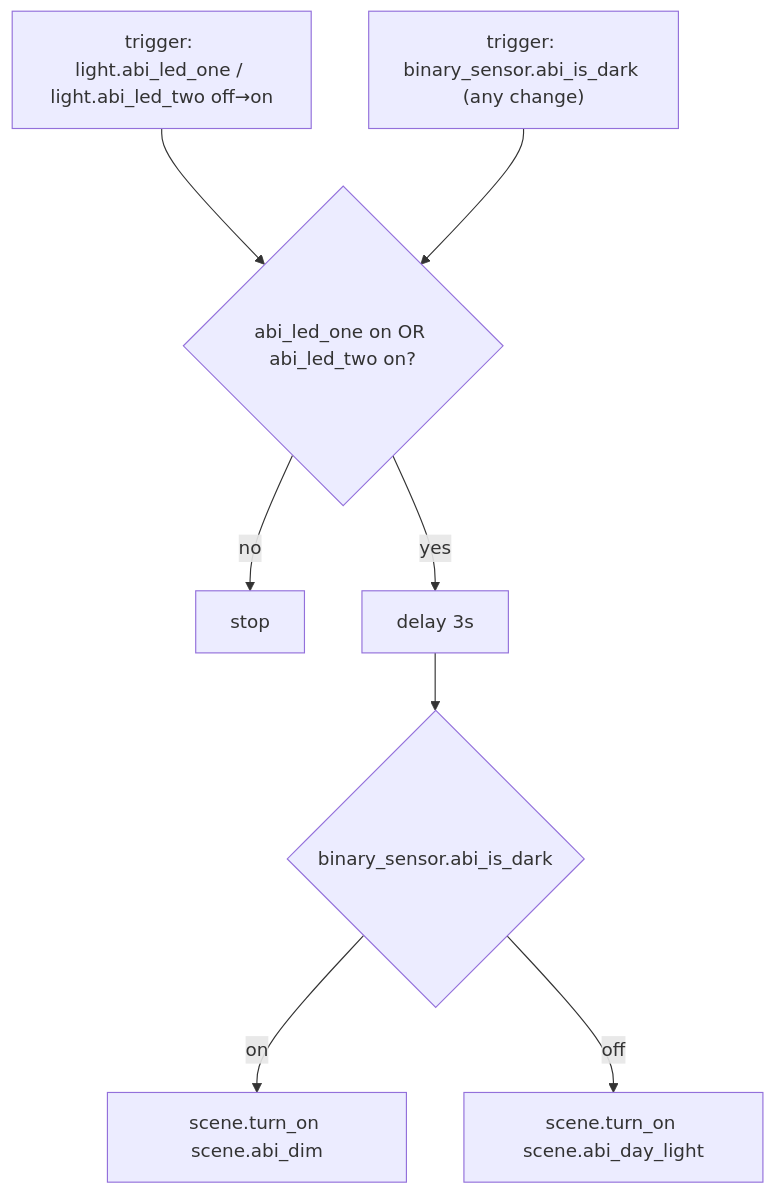
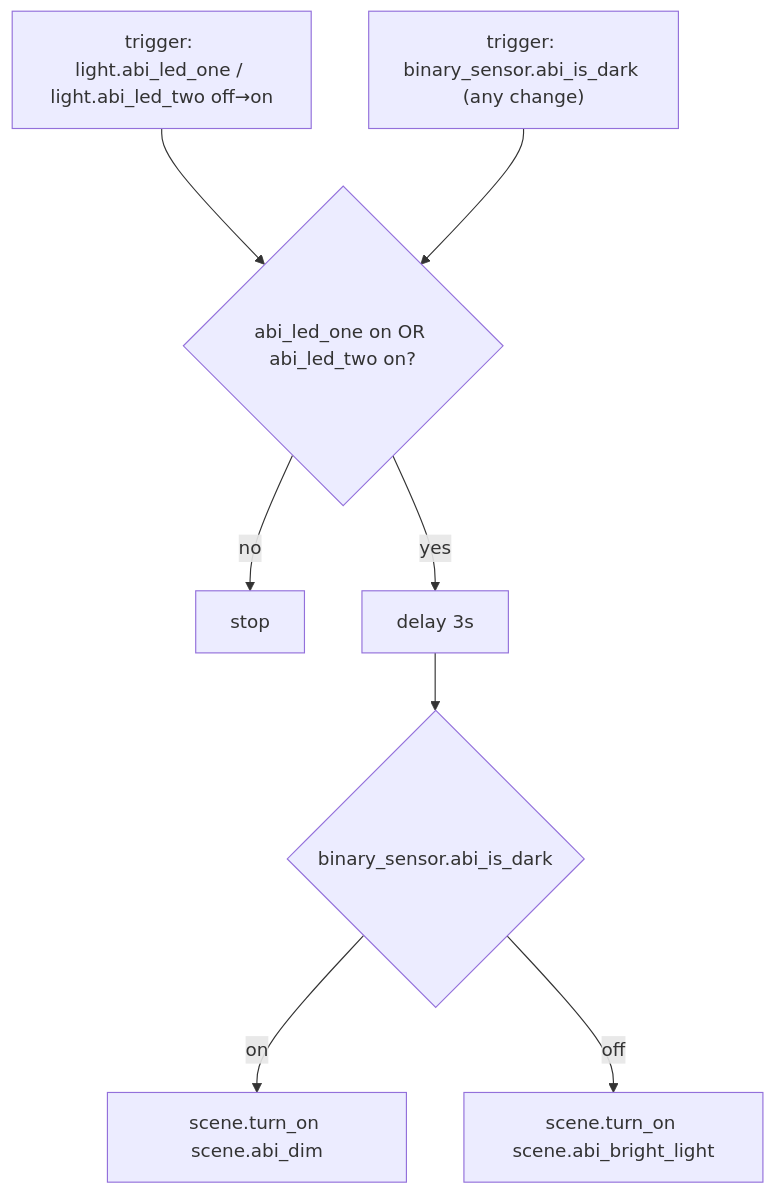
One commit to nerami/terminus-config changed the diagram in docs/automations/abi.md. Above: the diagram before and after it, drawn with Mermaid. The commit also changed other lines of this file and 15 other files, not shown here.

First line of the commit message:
fix+refactor: TV/lamp schedule conflict, doc cleanup, Day Light/low_light rename

````diff
--- a/docs/automations/abi.md
+++ b/docs/automations/abi.md
@@ -18,13 +18,13 @@
 ```mermaid
 flowchart TD
     T1["trigger: light.abi_led_one / light.abi_led_two off→on"]
     T2["trigger: binary_sensor.abi_is_dark (any change)"]
     T1 --> C
     T2 --> C
     C{"abi_led_one on OR abi_led_two on?"}
     C -- no --> X["stop"]
     C -- yes --> D["delay 3s"]
     D --> S{"binary_sensor.abi_is_dark"}
     S -- on --> DIM["scene.turn_on scene.abi_dim"]
-    S -- off --> DAY["scene.turn_on scene.abi_day_light"]
+    S -- off --> DAY["scene.turn_on scene.abi_bright_light"]
 ```
````
